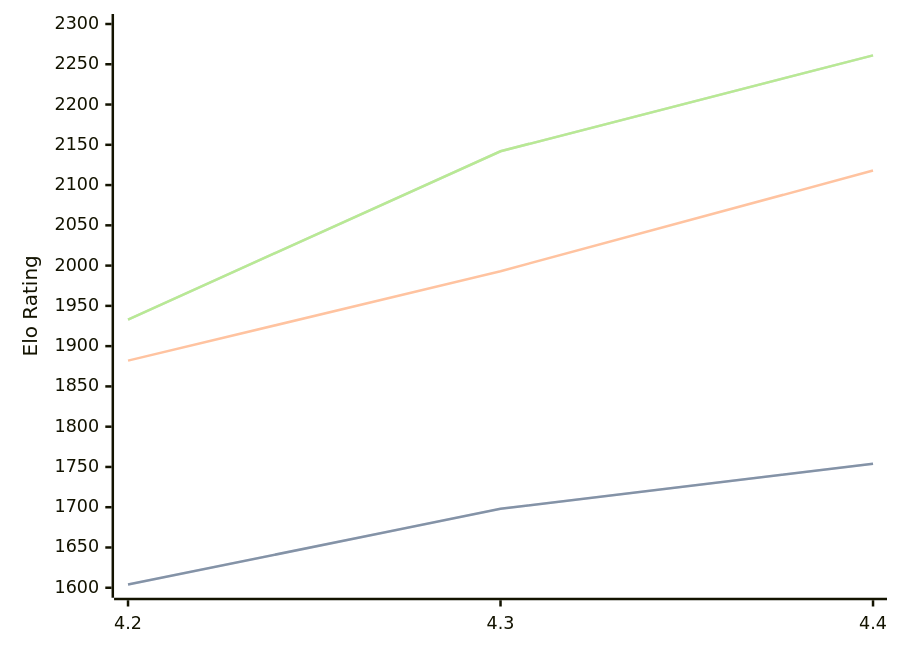
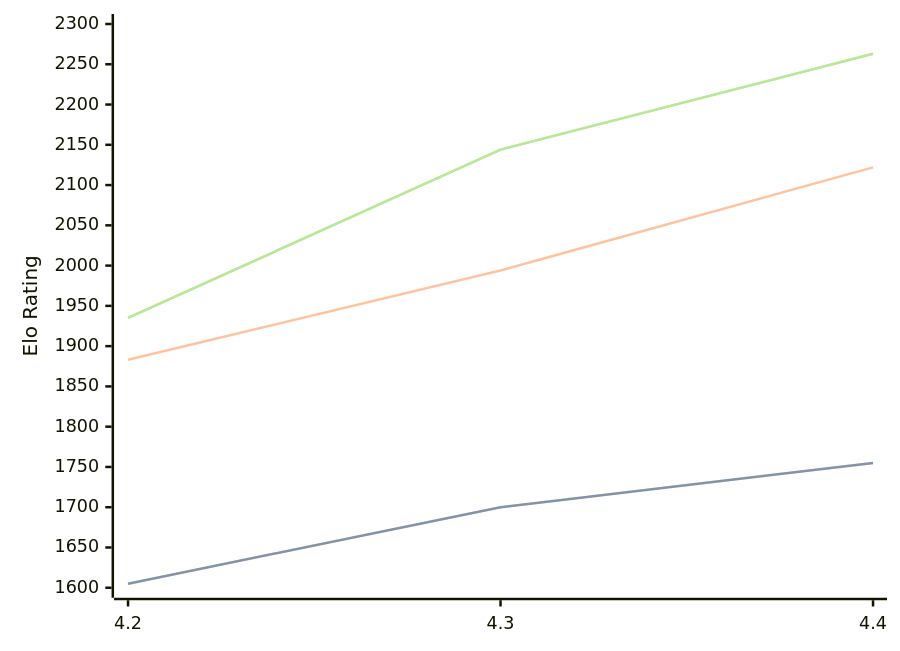
Before and after one commit to computer-chess-index/cci: the diagram in engines/Radiance.md, drawn with Mermaid. The commit also changed other lines of this file, not shown here.

Commit message:
Update CCI Ratings (ELO VLTC) - 2026-05-16

````diff
--- a/engines/Radiance.md
+++ b/engines/Radiance.md
@@ -36,11 +36,11 @@
 ```mermaid
 %%{init: {"theme":"base","themeVariables":{"seriesColors:['#a3a3a3','#222221','#faa371']}}}%%
 xychart-beta
   x-axis ["4.2", "4.3", "4.4"]
   y-axis "Elo Rating" 1600 --> 2300
-  line "STC (8.0+0.08s)" [1604, 1698, 1754]
-  line "STC (8.0+0.08s)" [1604, 1698, 1754]
-  line "LTC (60.0+0.60s)" [1882, 1993, 2118]
-  line "VLTC (2m24s+1.12s)" [1933, 2142, 2261]
-  line "VLTC (2m24s+1.12s)" [1933, 2142, 2261]
+  line "STC (8.0+0.08s)" [1605, 1700, 1755]
+  line "STC (8.0+0.08s)" [1605, 1700, 1755]
+  line "LTC (60.0+0.60s)" [1883, 1994, 2122]
+  line "VLTC (2m24s+1.12s)" [1935, 2144, 2263]
+  line "VLTC (2m24s+1.12s)" [1935, 2144, 2263]
 ```
````
